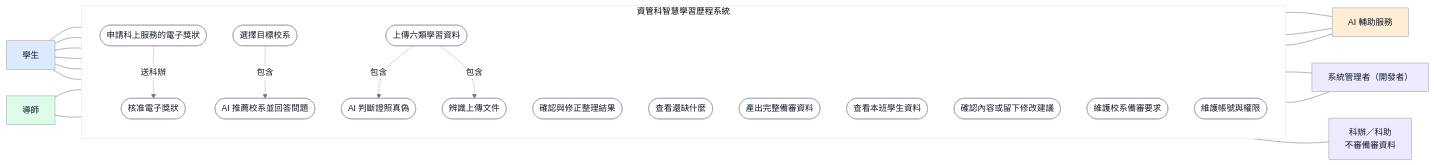
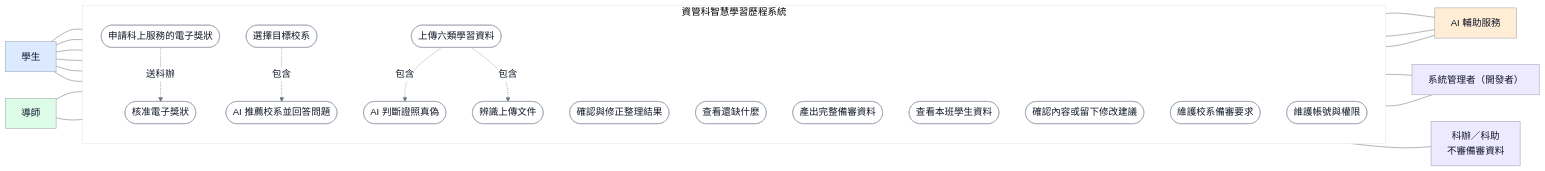
One commit to vujhdcusa/1028 changed the diagram in docs/images/D-01-use-case-v2.mmd. Above: the diagram before and after it, drawn with Mermaid. The commit also changed 79 other files, not shown here.

First line of the commit message:
雲端副本符合度檢查與排版修正；提交 GPT 未提交的流程圖；修正圖 26、32；流程圖大全簡報補齊圖片

```diff
--- a/docs/images/D-01-use-case-v2.mmd
+++ b/docs/images/D-01-use-case-v2.mmd
@@ -1,53 +1,53 @@
-%%{init: {'theme':'base','themeVariables': {'fontFamily':'Microsoft JhengHei, Noto Sans TC, Arial, sans-serif','primaryColor':'#F3F4F6','primaryTextColor':'#111827','primaryBorderColor':'#9CA3AF','lineColor':'#6B7280','edgeLabelBackground':'#FFFFFF'},'flowchart':{'wrappingWidth':400}}}%%
+%%{init: {'theme':'base','themeVariables': {'fontSize':'18px','fontFamily':'DFKai-SB, BiauKai, serif','primaryColor':'#F3F4F6','primaryTextColor':'#111827','primaryBorderColor':'#9CA3AF','lineColor':'#6B7280','edgeLabelBackground':'#FFFFFF'},'flowchart':{'wrappingWidth':400}}}%%
 flowchart LR
     classDef student fill:#DBEAFE,stroke:#9CA3AF,color:#111827,stroke-width:1px;
     classDef teacher fill:#DCFCE7,stroke:#9CA3AF,color:#111827,stroke-width:1px;
     classDef admin fill:#EDE9FE,stroke:#9CA3AF,color:#111827,stroke-width:1px;
     classDef ai fill:#FFEDD5,stroke:#9CA3AF,color:#111827,stroke-width:1px;
     classDef usecase fill:#FFFFFF,stroke:#9CA3AF,color:#111827,stroke-width:1px;
     classDef staff fill:#EDE9FE,stroke:#9CA3AF,color:#111827,stroke-width:1px;
 
     Student[學生]:::student
     Teacher[導師]:::teacher
 
     subgraph SYS[資管科智慧學習歷程系統]
         direction TB
         UC1([選擇目標校系]):::usecase
         UC2([上傳六類學習資料]):::usecase
         UC3([確認與修正整理結果]):::usecase
         UC4([查看還缺什麼]):::usecase
         UC5([產出完整備審資料]):::usecase
         UC6([查看本班學生資料]):::usecase
         UC7([確認內容或留下修改建議]):::usecase
         UC8([辨識上傳文件]):::usecase
         UC11([AI 判斷證照真偽]):::usecase
         UC12([AI 推薦校系並回答問題]):::usecase
         UC13([核准電子獎狀]):::usecase
         UC14([申請科上服務的電子獎狀]):::usecase
         UC9([維護校系備審要求]):::usecase
         UC10([維護帳號與權限]):::usecase
     end
 
     Admin[系統管理者（開發者）]:::admin
     AI[AI 輔助服務]:::ai
     Staff[科辦／科助<br/>不審備審資料]:::staff
 
     Student --- UC1
     Student --- UC2
     Student --- UC3
     Student --- UC4
     Student --- UC5
     Student --- UC14
     UC14 -. 送科辦 .-> UC13
     UC1 -. 包含 .-> UC12
     UC2 -. 包含 .-> UC11
     Teacher --- UC6
     Teacher --- UC7
     UC2 -. 包含 .-> UC8
     UC8 --- AI
     UC11 --- AI
     UC12 --- AI
     Staff --- UC13
     UC9 --- Admin
     UC10 --- Admin
     SYS ~~~ Staff
```
